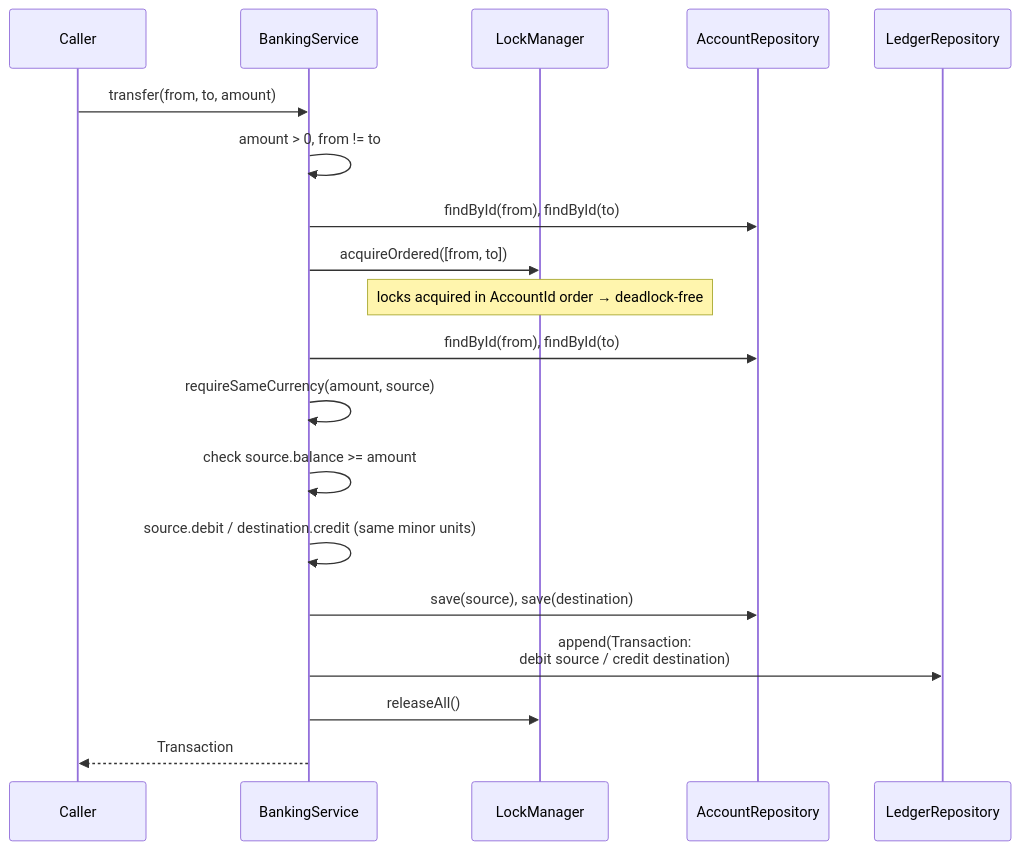
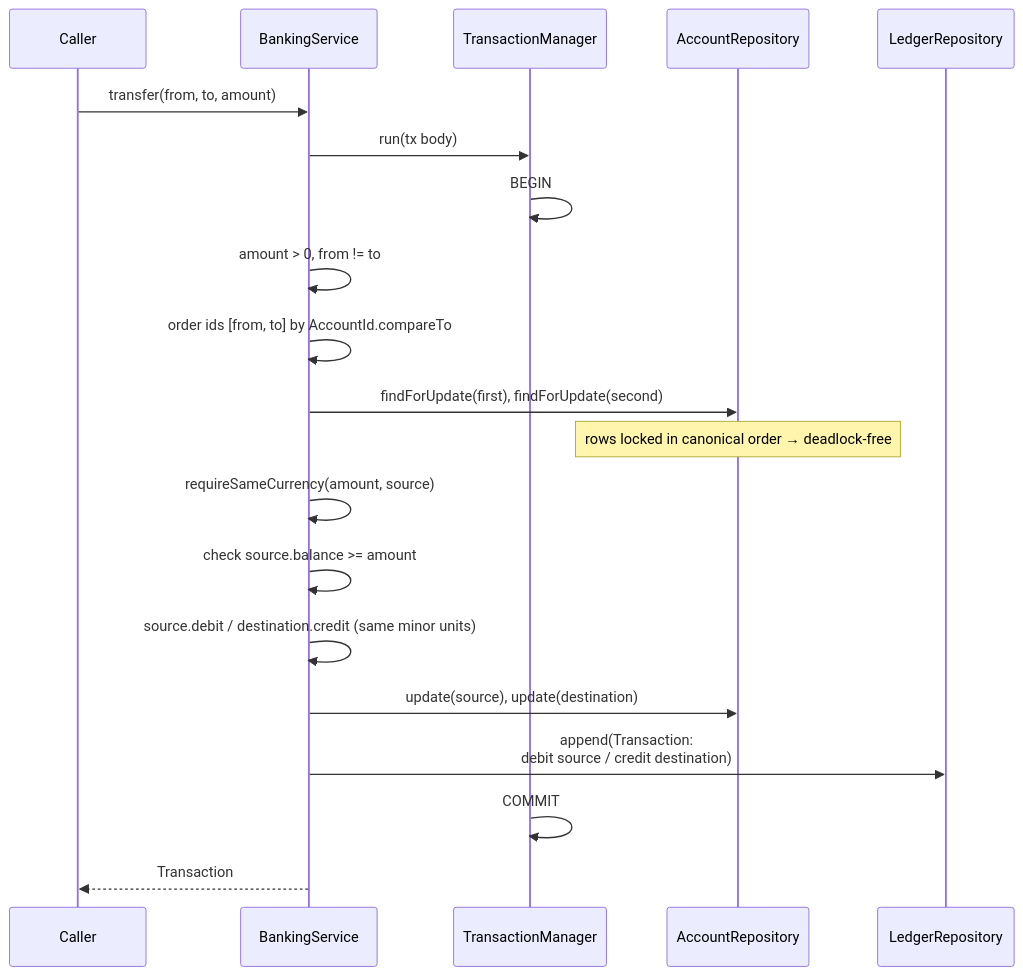
Before and after one commit to ngaikkeung/firstcircle-banking: the third of 7 diagrams in doc/operation-flows.md, drawn with Mermaid. The commit also changed other lines of this file and 33 other files, not shown here.

````diff
--- a/doc/operation-flows.md
+++ b/doc/operation-flows.md
@@ -69,22 +75,23 @@
 ```mermaid
 sequenceDiagram
     participant C as Caller
     participant S as BankingService
-    participant L as LockManager
+    participant TM as TransactionManager
     participant R as AccountRepository
     participant G as LedgerRepository
 
     C->>S: transfer(from, to, amount)
+    S->>TM: run(tx body)
+    TM->>TM: BEGIN
     S->>S: amount > 0, from != to
-    S->>R: findById(from), findById(to)
-    S->>L: acquireOrdered([from, to])
-    Note over L: locks acquired in AccountId order → deadlock-free
-    S->>R: findById(from), findById(to)
+    S->>S: order ids [from, to] by AccountId.compareTo
+    S->>R: findForUpdate(first), findForUpdate(second)
+    Note over R: rows locked in canonical order → deadlock-free
     S->>S: requireSameCurrency(amount, source)
     S->>S: check source.balance >= amount
     S->>S: source.debit / destination.credit (same minor units)
-    S->>R: save(source), save(destination)
+    S->>R: update(source), update(destination)
     S->>G: append(Transaction:<br/>debit source / credit destination)
-    S->>L: releaseAll()
+    TM->>TM: COMMIT
     S-->>C: Transaction
 ```
````
